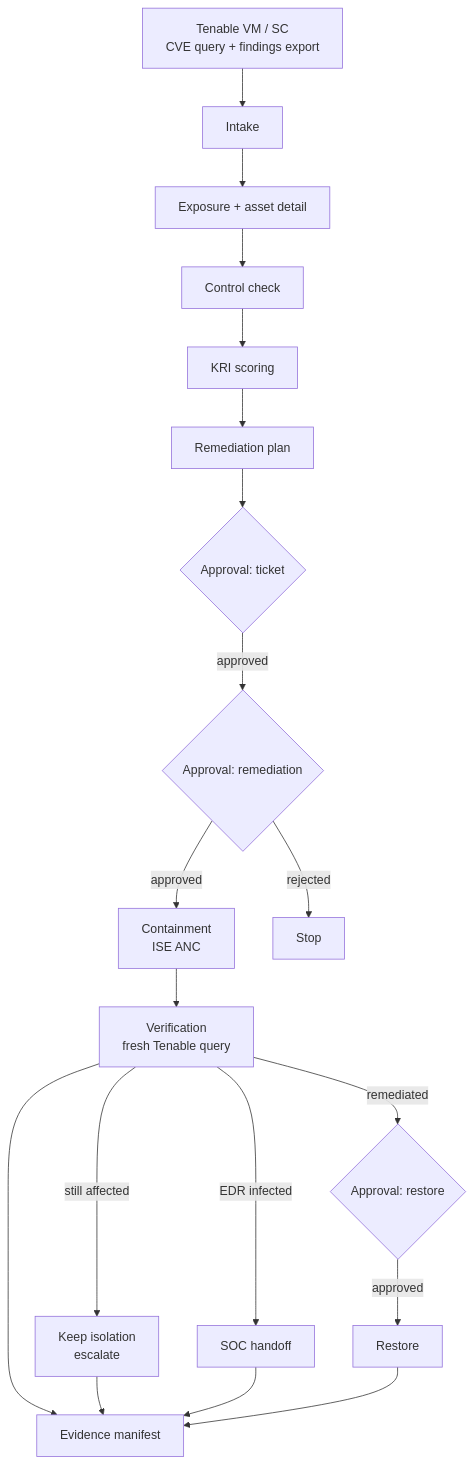
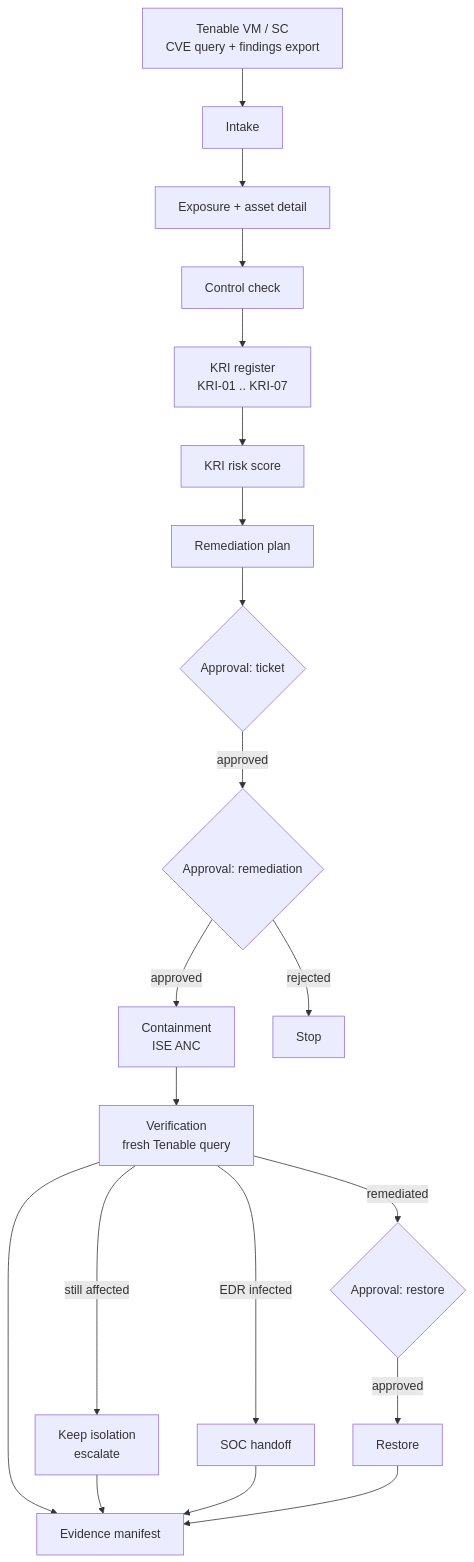
The diagram in README.md (sword0x00/SecOps-Autopilot), drawn with Mermaid before and after one commit. The commit also changed other lines of this file and 27 other files, not shown here.

First line of the commit message:
Add KRI-01..07 register and detection playbook

````diff
--- a/README.md
+++ b/README.md
@@ -148,21 +149,22 @@
 ```mermaid
 flowchart TD
     A[Tenable VM / SC<br/>CVE query + findings export] --> B[Intake]
     B --> C[Exposure + asset detail]
     C --> D[Control check]
-    D --> E[KRI scoring]
-    E --> F[Remediation plan]
+    D --> E[KRI register<br/>KRI-01 .. KRI-07]
+    E --> E2[KRI risk score]
+    E2 --> F[Remediation plan]
     F --> G{Approval: ticket}
     G -->|approved| H{Approval: remediation}
     H -->|approved| I[Containment<br/>ISE ANC]
     H -->|rejected| R[Stop]
     I --> J[Verification<br/>fresh Tenable query]
     J -->|remediated| K{Approval: restore}
     J -->|still affected| L[Keep isolation<br/>escalate]
     J -->|EDR infected| M[SOC handoff]
     K -->|approved| N[Restore]
     J --> O[Evidence manifest]
     L --> O
     M --> O
     N --> O
 ```
````
